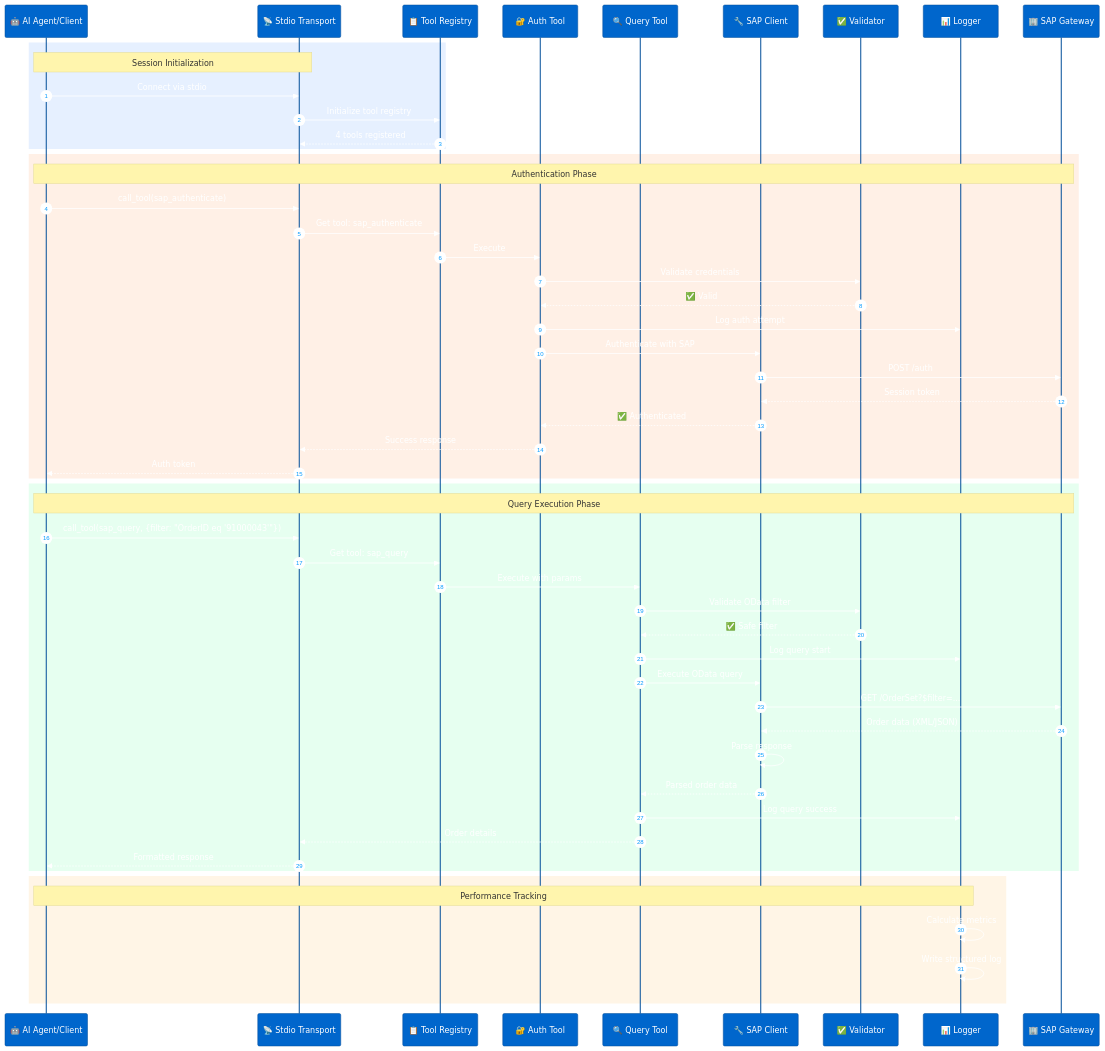
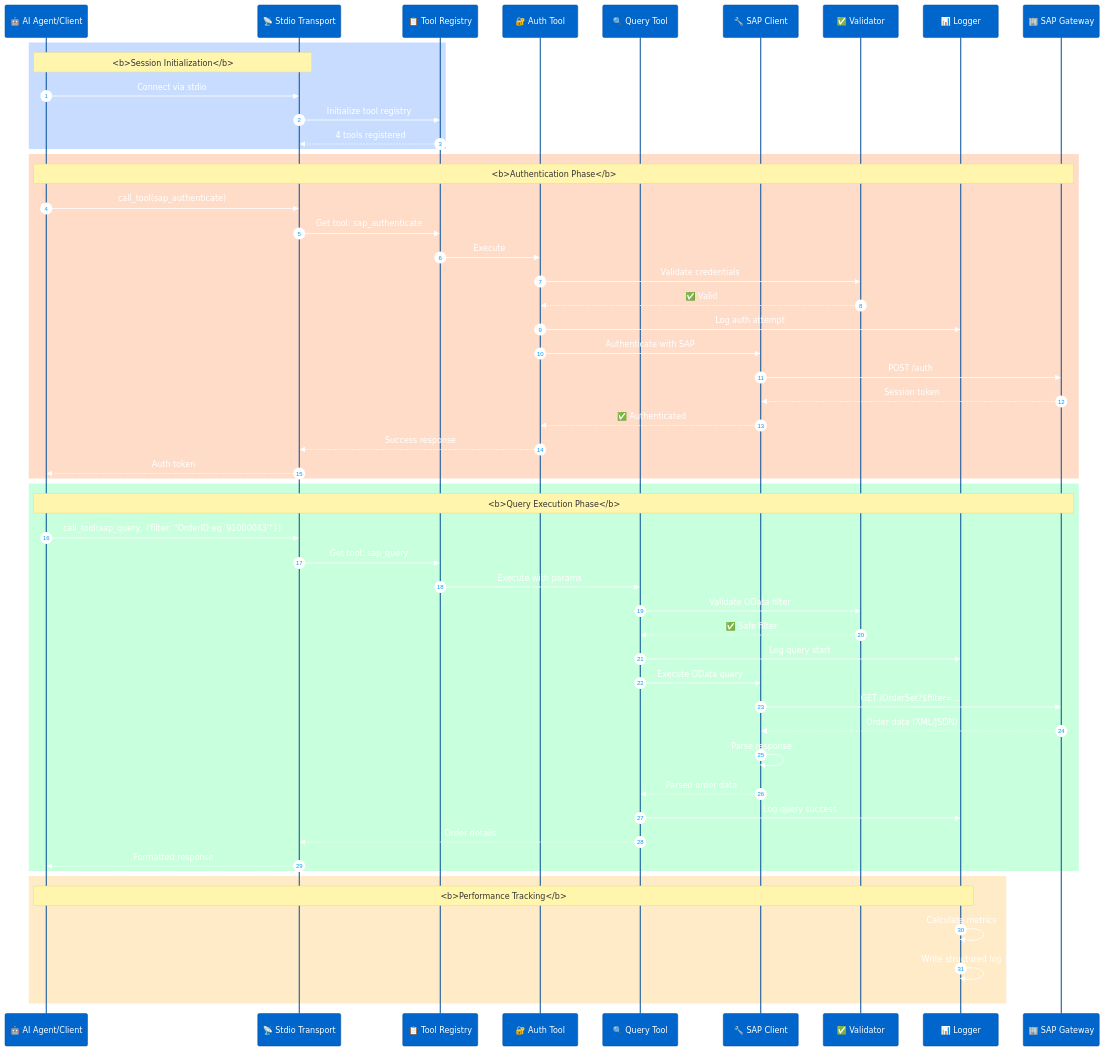
One commit to midasol/sap-mcp-server changed the third of 5 diagrams in README.md. Above: the diagram before and after it, drawn with Mermaid. The commit also changed other lines of this file, not shown here.

Commit message:
README.md updated

````diff
--- a/README.md
+++ b/README.md
@@ -156,61 +156,61 @@
 ```mermaid
 %%{init: {'theme':'base', 'themeVariables': { 'primaryColor':'#0066cc','primaryTextColor':'#ffffff','primaryBorderColor':'#004d99','lineColor':'#ff6600'}}}%%
 sequenceDiagram
     autonumber
     participant Client as 🤖 AI Agent/Client
     participant Transport as 📡 Stdio Transport
     participant Registry as 📋 Tool Registry
     participant AuthTool as 🔐 Auth Tool
     participant QueryTool as 🔍 Query Tool
     participant SAPClient as 🔧 SAP Client
     participant Validator as ✅ Validator
     participant Logger as 📊 Logger
     participant SAP as 🏢 SAP Gateway
 
-    rect rgb(230, 240, 255)
-        Note over Client,Transport: Session Initialization
+    rect rgb(200, 220, 255)
+        Note over Client,Transport: <b>Session Initialization</b>
         Client->>Transport: Connect via stdio
         Transport->>Registry: Initialize tool registry
         Registry-->>Transport: 4 tools registered
     end
 
-    rect rgb(255, 240, 230)
-        Note over Client,SAP: Authentication Phase
+    rect rgb(255, 220, 200)
+        Note over Client,SAP: <b>Authentication Phase</b>
         Client->>Transport: call_tool(sap_authenticate)
         Transport->>Registry: Get tool: sap_authenticate
         Registry->>AuthTool: Execute
         AuthTool->>Validator: Validate credentials
         Validator-->>AuthTool: ✅ Valid
         AuthTool->>Logger: Log auth attempt
         AuthTool->>SAPClient: Authenticate with SAP
         SAPClient->>SAP: POST /auth
         SAP-->>SAPClient: Session token
         SAPClient-->>AuthTool: ✅ Authenticated
         AuthTool-->>Transport: Success response
         Transport-->>Client: Auth token
     end
 
-    rect rgb(230, 255, 240)
-        Note over Client,SAP: Query Execution Phase
+    rect rgb(200, 255, 220)
+        Note over Client,SAP: <b>Query Execution Phase</b>
         Client->>Transport: call_tool(sap_query, {filter: "OrderID eq '91000043'"})
         Transport->>Registry: Get tool: sap_query
         Registry->>QueryTool: Execute with params
         QueryTool->>Validator: Validate OData filter
         Validator-->>QueryTool: ✅ Safe filter
         QueryTool->>Logger: Log query start
         QueryTool->>SAPClient: Execute OData query
         SAPClient->>SAP: GET /OrderSet?$filter=...
         SAP-->>SAPClient: Order data (XML/JSON)
         SAPClient->>SAPClient: Parse response
         SAPClient-->>QueryTool: Parsed order data
         QueryTool->>Logger: Log query success
         QueryTool-->>Transport: Order details
         Transport-->>Client: Formatted response
     end
 
-    rect rgb(255, 245, 230)
-        Note over Client,Logger: Performance Tracking
+    rect rgb(255, 235, 200)
+        Note over Client,Logger: <b>Performance Tracking</b>
         Logger->>Logger: Calculate metrics
         Logger->>Logger: Write structured log
     end
 ```
````
